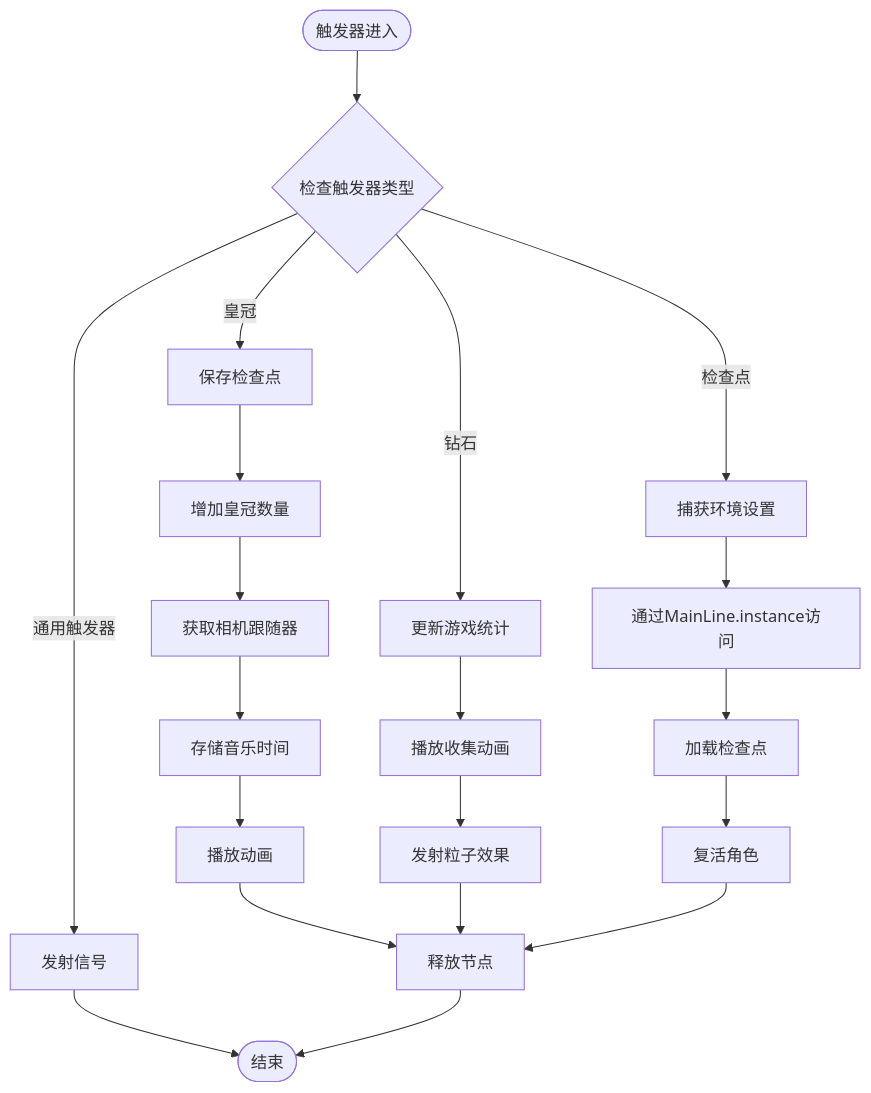
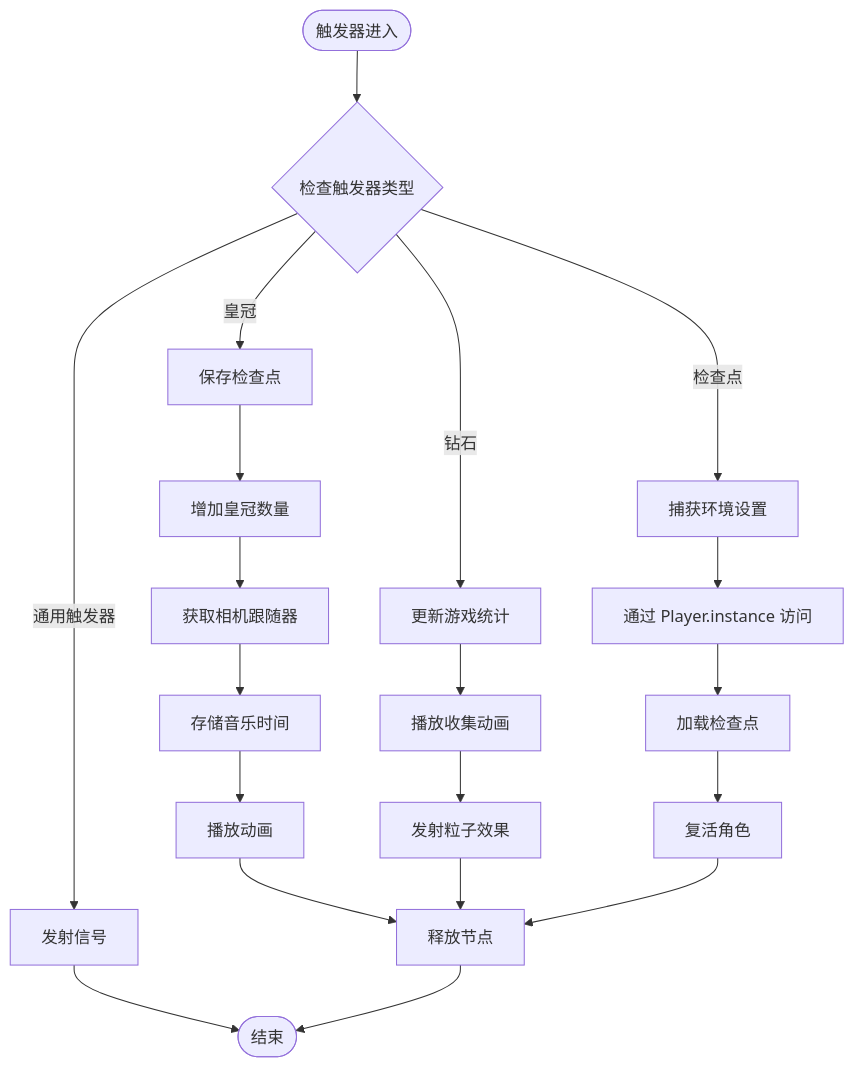
Before and after one commit to godotline/godot-line: the seventh of 13 diagrams in .qoder/repowiki/zh/content/Mainline Script.md, drawn with Mermaid. The commit also changed other lines of this file and 18 other files, not shown here.

````diff
--- a/.qoder/repowiki/zh/content/Mainline Script.md
+++ b/.qoder/repowiki/zh/content/Mainline Script.md
@@ -332,22 +333,22 @@
 ```mermaid
 flowchart TD
 Enter([触发器进入]) --> CheckType{"检查触发器类型"}
 CheckType --> |皇冠| SaveCheckpoint["保存检查点"]
 CheckType --> |钻石| UpdateStats["更新游戏统计"]
 CheckType --> |通用触发器| EmitSignal["发射信号"]
 CheckType --> |检查点| CaptureSettings["捕获环境设置"]
 SaveCheckpoint --> UpdateCrown["增加皇冠数量"]
 UpdateCrown --> GetCamera["获取相机跟随器"]
 GetCamera --> StoreTime["存储音乐时间"]
 StoreTime --> PlayAnim["播放动画"]
 PlayAnim --> FreeNode["释放节点"]
 UpdateStats --> PlayCollectAnim["播放收集动画"]
 PlayCollectAnim --> EmitParticles["发射粒子效果"]
 EmitParticles --> FreeNode
-CaptureSettings --> MainLineAccess["通过MainLine.instance访问"]
-MainLineAccess --> LoadCheckpoint["加载检查点"]
+CaptureSettings --> PlayerAccess["通过 Player.instance 访问"]
+PlayerAccess --> LoadCheckpoint["加载检查点"]
 LoadCheckpoint --> Revive["复活角色"]
 Revive --> FreeNode
 EmitSignal --> End([结束])
 FreeNode --> End
 ```
````
